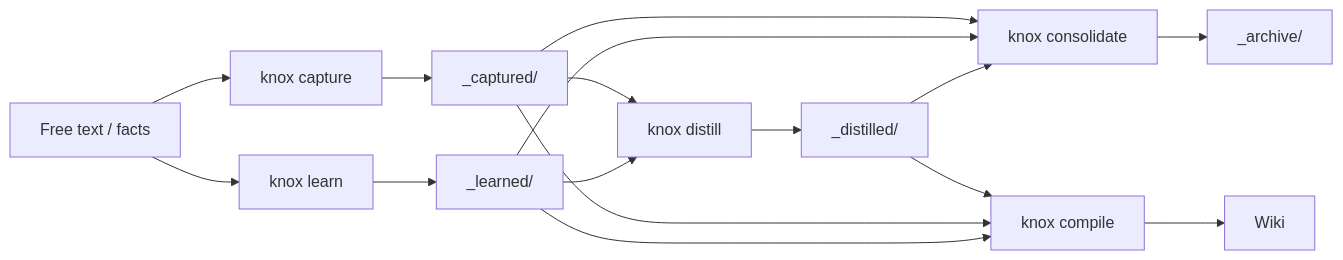
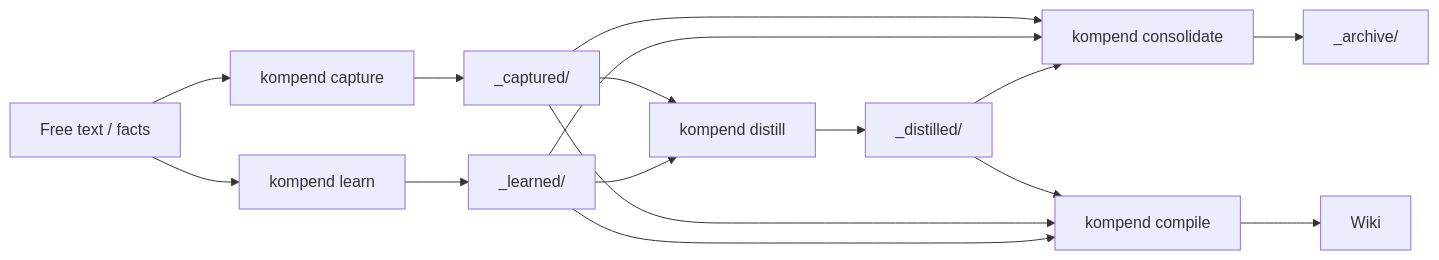
The diagram in docs/guides/input-pipeline.md (jr2804/kompend), drawn with Mermaid before and after one commit. The commit also changed other lines of this file and 943 other files, not shown here.

First line of the commit message:
refactor: rename knox to kompend

````diff
--- a/docs/guides/input-pipeline.md
+++ b/docs/guides/input-pipeline.md
@@ -98,18 +98,18 @@
 ```mermaid
 graph LR
-    T[Free text / facts] --> C[knox capture]
-    T --> L[knox learn]
+    T[Free text / facts] --> C[kompend capture]
+    T --> L[kompend learn]
     C --> CAP[_captured/]
     L --> LEARN[_learned/]
-    CAP --> D[knox distill]
+    CAP --> D[kompend distill]
     LEARN --> D
     D --> DIS[_distilled/]
-    CAP --> CON[knox consolidate]
+    CAP --> CON[kompend consolidate]
     LEARN --> CON
     DIS --> CON
     CON --> ARC[_archive/]
-    DIS --> CO[knox compile]
+    DIS --> CO[kompend compile]
     CAP --> CO
     LEARN --> CO
     CO --> W[Wiki]
 ```
````
